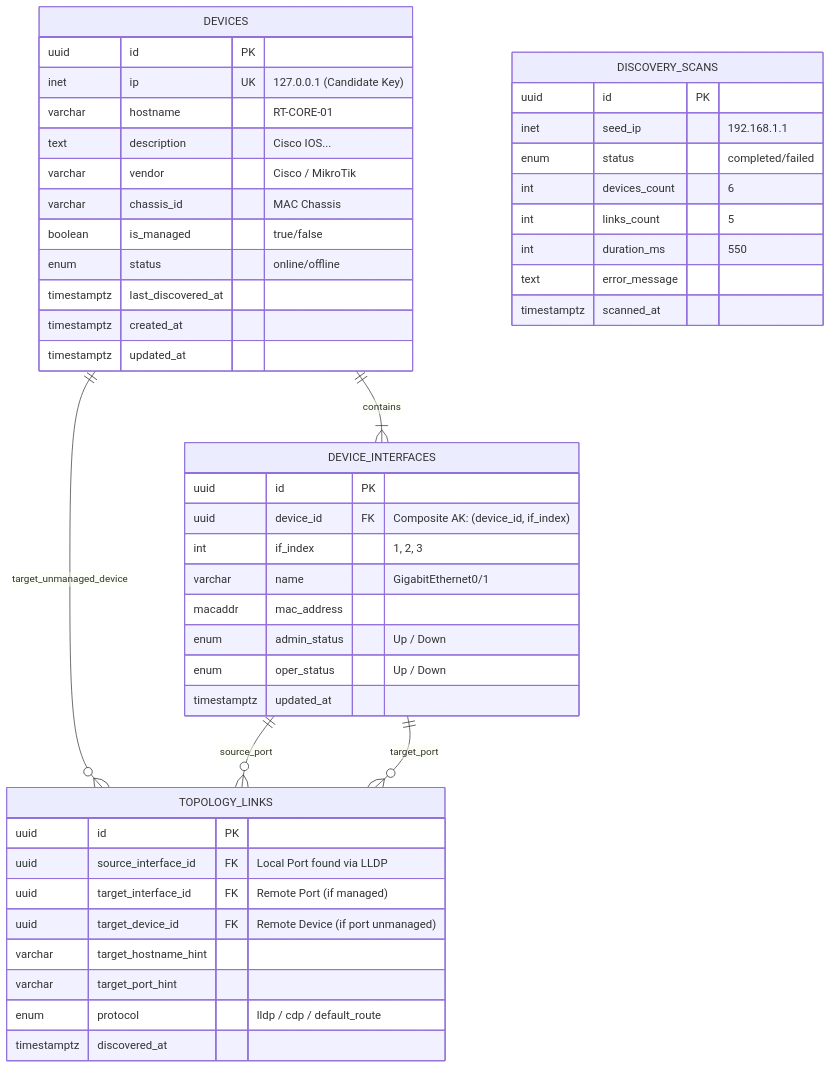
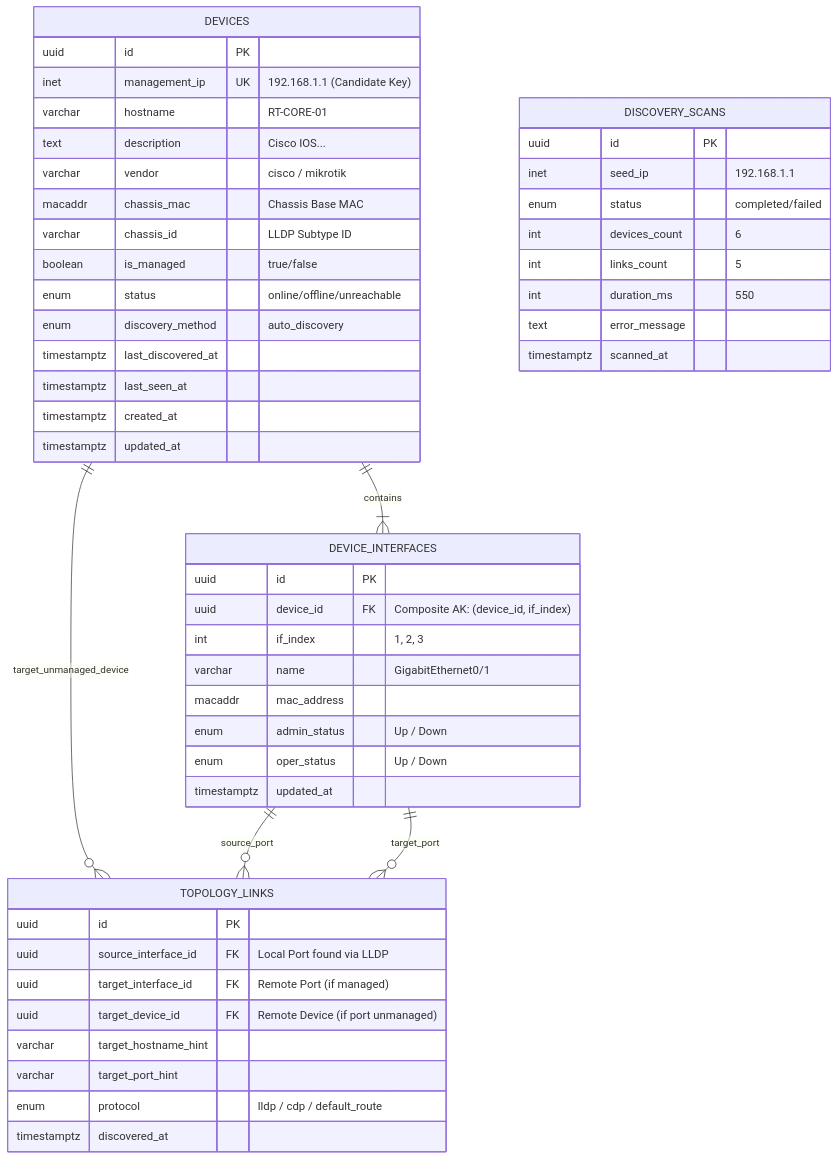
One commit to Mynetmate/docs changed the diagram in Database Design/04_Network Discovery/README.md. Above: the diagram before and after it, drawn with Mermaid. The commit also changed other lines of this file and 6 other files, not shown here.

Commit message:
refactor(discovery): reconcile devices schema naming with inventory standard

````diff
--- a/Database Design/04_Network Discovery/README.md
+++ b/Database Design/04_Network Discovery/README.md
@@ -19,54 +20,57 @@
 ```mermaid
 erDiagram
     DEVICES ||--|{ DEVICE_INTERFACES : "contains"
     DEVICES ||--o{ TOPOLOGY_LINKS : "target_unmanaged_device"
     DEVICE_INTERFACES ||--o{ TOPOLOGY_LINKS : "source_port"
     DEVICE_INTERFACES ||--o{ TOPOLOGY_LINKS : "target_port"
 
     DEVICES {
         uuid id PK
-        inet ip UK "127.0.0.1 (Candidate Key)"
+        inet management_ip UK "192.168.1.1 (Candidate Key)"
         varchar hostname "RT-CORE-01"
         text description "Cisco IOS..."
-        varchar vendor "Cisco / MikroTik"
-        varchar chassis_id "MAC Chassis"
+        varchar vendor "cisco / mikrotik"
+        macaddr chassis_mac "Chassis Base MAC"
+        varchar chassis_id "LLDP Subtype ID"
         boolean is_managed "true/false"
-        enum status "online/offline"
+        enum status "online/offline/unreachable"
+        enum discovery_method "auto_discovery"
         timestamptz last_discovered_at
+        timestamptz last_seen_at
         timestamptz created_at
         timestamptz updated_at
     }
 
     DEVICE_INTERFACES {
         uuid id PK
         uuid device_id FK "Composite AK: (device_id, if_index)"
         int if_index "1, 2, 3"
         varchar name "GigabitEthernet0/1"
         macaddr mac_address
         enum admin_status "Up / Down"
         enum oper_status "Up / Down"
         timestamptz updated_at
     }
 
     TOPOLOGY_LINKS {
         uuid id PK
         uuid source_interface_id FK "Local Port found via LLDP"
         uuid target_interface_id FK "Remote Port (if managed)"
         uuid target_device_id FK "Remote Device (if port unmanaged)"
         varchar target_hostname_hint
         varchar target_port_hint
         enum protocol "lldp / cdp / default_route"
         timestamptz discovered_at
     }
 
     DISCOVERY_SCANS {
         uuid id PK
         inet seed_ip "192.168.1.1"
         enum status "completed/failed"
         int devices_count "6"
         int links_count "5"
         int duration_ms "550"
         text error_message
         timestamptz scanned_at
     }
 ```
````
